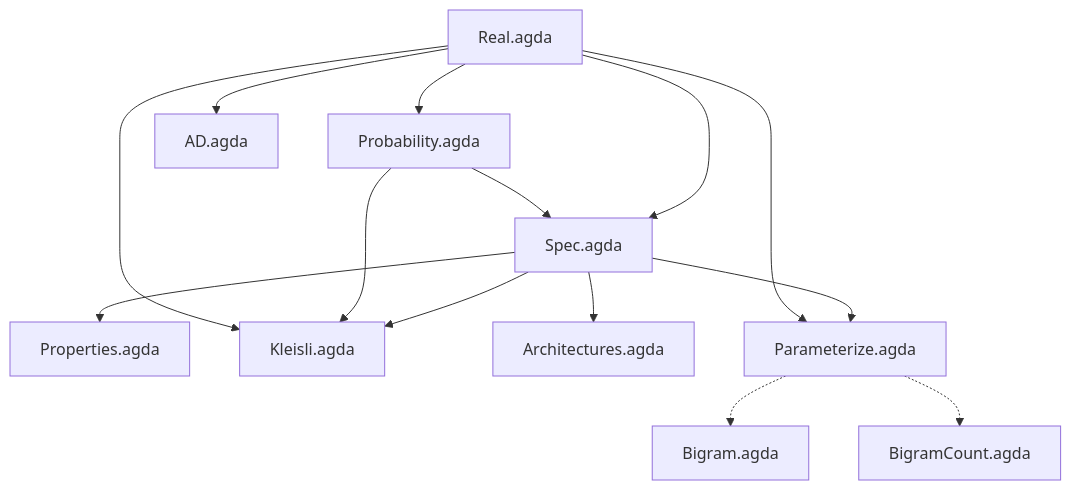
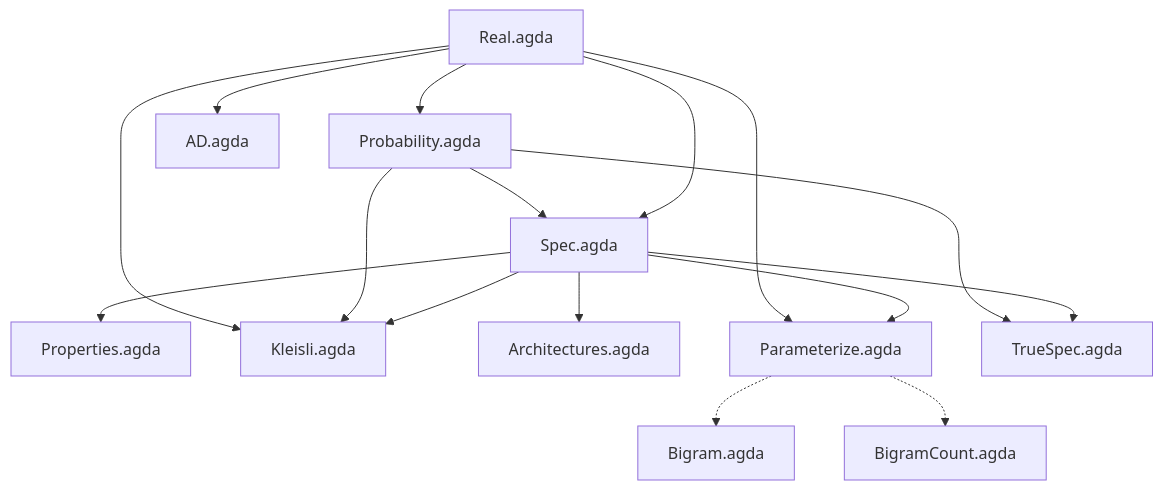
One commit to stevekrouse/denotational-llm changed the diagram in README.md. Above: the diagram before and after it, drawn with Mermaid. The commit also changed other lines of this file and 3 other files, not shown here.

First line of the commit message:
Add TrueSpec (adequate spec) and scale BigramCount to 32k names

````diff
--- a/README.md
+++ b/README.md
@@ -36,16 +34,18 @@
 ```mermaid
 graph TD
     R[Real.agda] --> P[Probability.agda]
     R --> S[Spec.agda]
     P --> S
     S --> Pr[Properties.agda]
     S --> K[Kleisli.agda]
     P --> K
     R --> K
     S --> Ar[Architectures.agda]
     R --> AD[AD.agda]
     S --> Pa[Parameterize.agda]
     R --> Pa
+    S --> TS[TrueSpec.agda]
+    P --> TS
     Pa -.-> B[Bigram.agda]
     Pa -.-> BC[BigramCount.agda]
 ```
````
